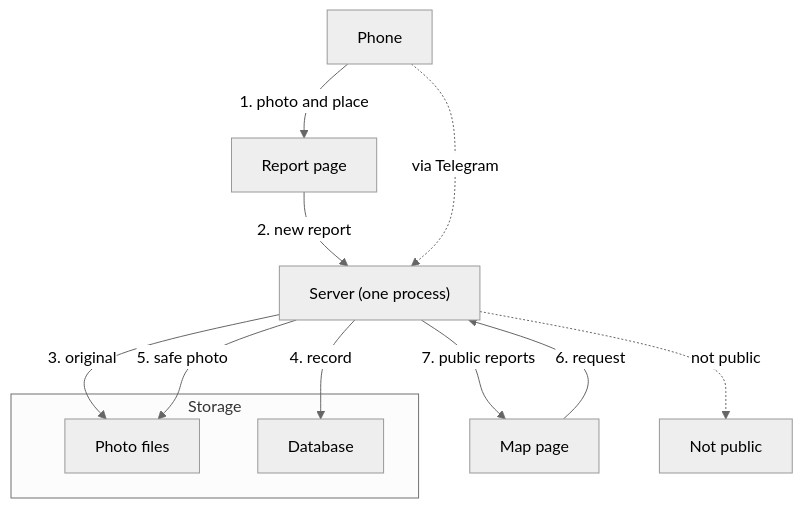
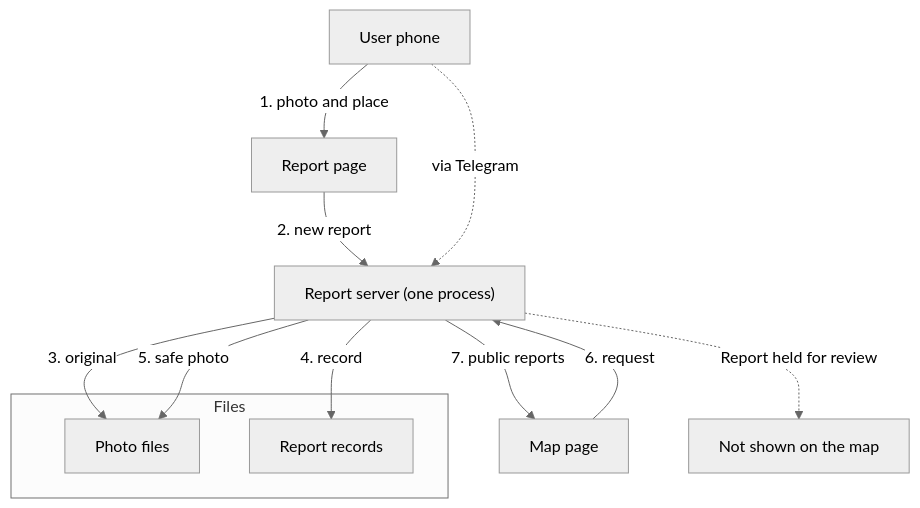
Before and after one commit to skad0/skills: the diagram in skills/plain-explain/examples/out/street-reports-report-flow.engineer-new.md, drawn with Mermaid (neutral theme). The commit also changed other lines of this file and 26 other files, not shown here.

````diff
--- a/skills/plain-explain/examples/out/street-reports-report-flow.engineer-new.md
+++ b/skills/plain-explain/examples/out/street-reports-report-flow.engineer-new.md
@@ -5,21 +5,21 @@
 ```mermaid
 flowchart TB
-  phone["Phone"]
+  phone["User phone"]
   page["Report page"]
-  server["Server (one process)"]
-  subgraph g_Storage["Storage"]
+  server["Report server (one process)"]
+  subgraph g_Files["Files"]
     photos["Photo files"]
-    database["Database"]
+    database["Report records"]
   end
   map["Map page"]
-  held["Not public"]
+  held["Not shown on the map"]
   phone -->|"1. photo and place"| page
   page -->|"2. new report"| server
   server -->|"3. original"| photos
   server -->|"4. record"| database
   server -->|"5. safe photo"| photos
   map -->|"6. request"| server
   server -->|"7. public reports"| map
-  server -.->|"not public"| held
+  server -.->|"Report held for review"| held
   phone -.->|"via Telegram"| server
 ```
````
